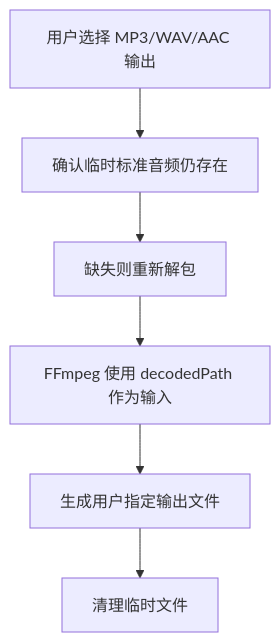
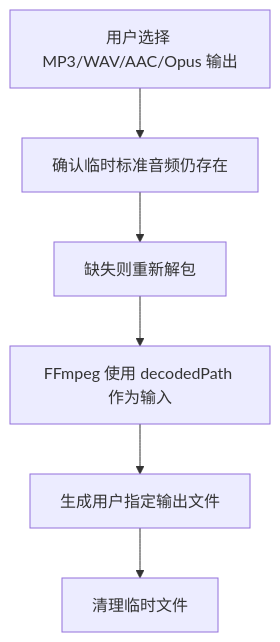
The second of 2 diagrams in docs/features/proprietary-audio-import/v1/design.md (Justin1040497/Machining), drawn with Mermaid before and after one commit. The commit also changed other lines of this file and 53 other files, not shown here.

````diff
--- a/docs/features/proprietary-audio-import/v1/design.md
+++ b/docs/features/proprietary-audio-import/v1/design.md
@@ -237,8 +237,8 @@
 ```mermaid
 flowchart TD
-  A["用户选择 MP3/WAV/AAC 输出"] --> B["确认临时标准音频仍存在"]
+  A["用户选择 MP3/WAV/AAC/Opus 输出"] --> B["确认临时标准音频仍存在"]
   B --> C["缺失则重新解包"]
   C --> D["FFmpeg 使用 decodedPath 作为输入"]
   D --> E["生成用户指定输出文件"]
   E --> F["清理临时文件"]
 ```
````
